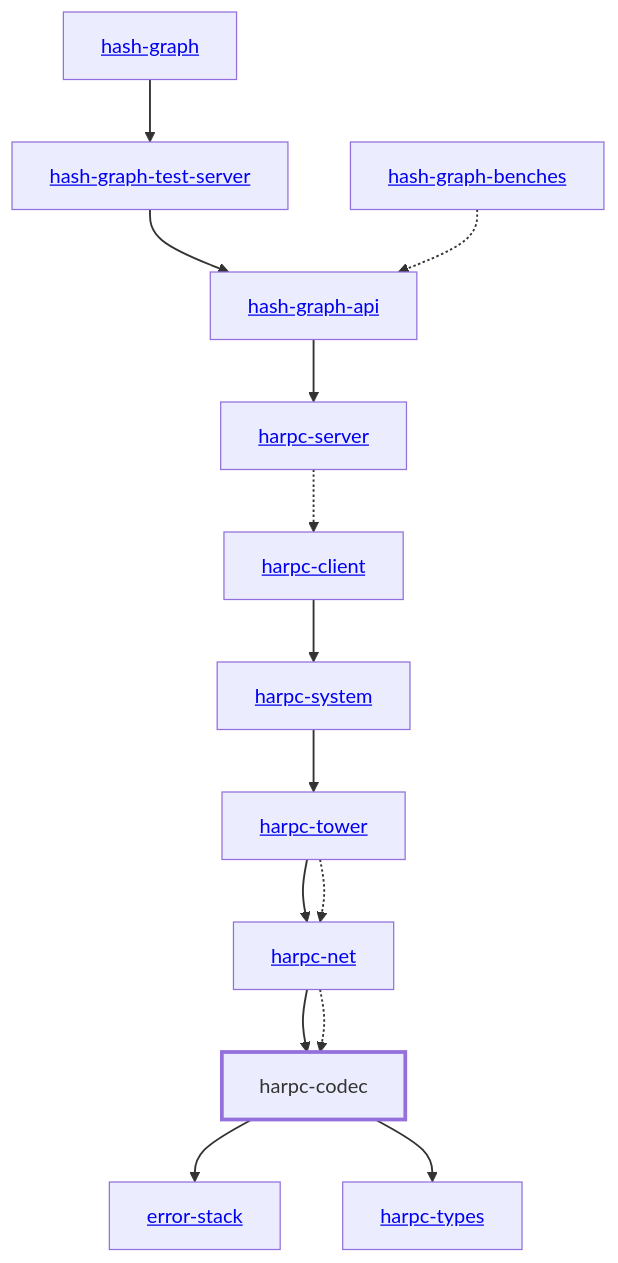
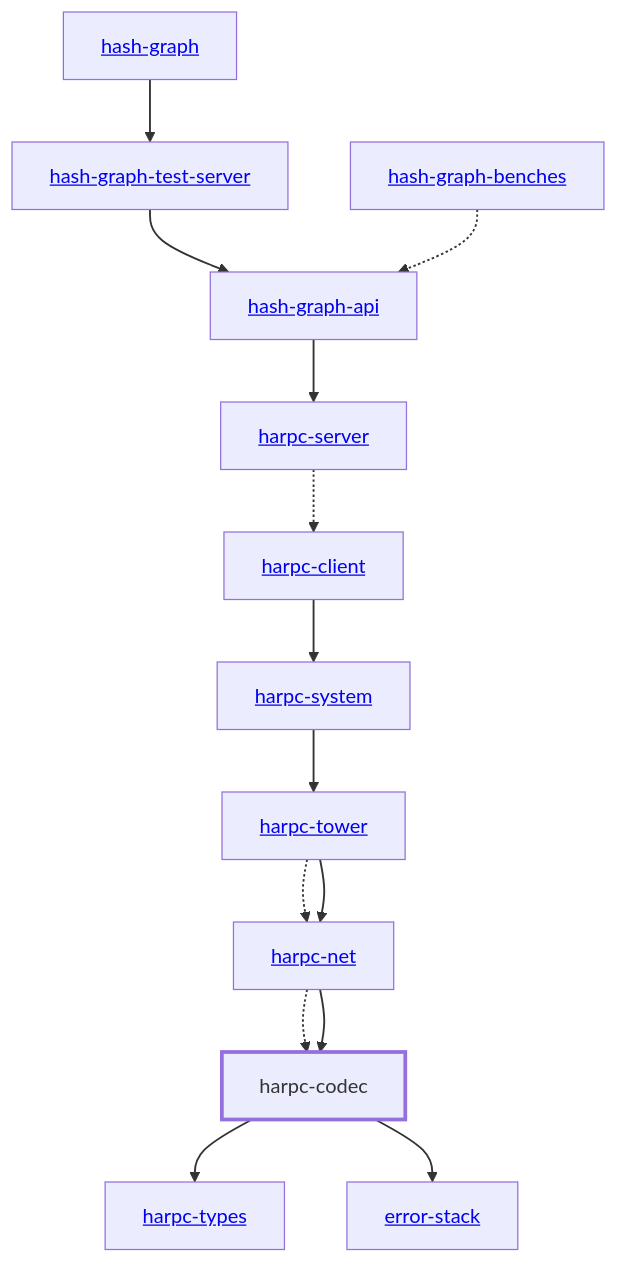
One commit to hashintel/hash changed the diagram in libs/@local/harpc/codec/docs/dependency-diagram.mmd. Above: the diagram before and after it, drawn with Mermaid. The commit also changed 34 other files, not shown here.

Commit message:
chore: update dependency diagrams

```diff
--- a/libs/@local/harpc/codec/docs/dependency-diagram.mmd
+++ b/libs/@local/harpc/codec/docs/dependency-diagram.mmd
@@ -1,36 +1,36 @@
 graph TD
     linkStyle default stroke-width:1.5px
     classDef default stroke-width:1px
     classDef root stroke-width:3px
     classDef dev stroke-width:1px
     classDef build stroke-width:1px
     %% Legend
     %% --> : Normal dependency
     %% -.-> : Dev dependency
     %% ---> : Build dependency
-    0[<a href="../harpc_server/index.html">harpc-server</a>]
-    1[<a href="../harpc_system/index.html">harpc-system</a>]
-    2[<a href="../harpc_tower/index.html">harpc-tower</a>]
-    3[<a href="../harpc_types/index.html">harpc-types</a>]
-    4[<a href="../hash_graph_test_server/index.html">hash-graph-test-server</a>]
-    5[<a href="../hash_graph_benches/index.html">hash-graph-benches</a>]
-    6[<a href="../hash_graph/index.html">hash-graph</a>]
-    7[<a href="../error_stack/index.html">error-stack</a>]
-    8[<a href="../hash_graph_api/index.html">hash-graph-api</a>]
-    9[<a href="../harpc_client/index.html">harpc-client</a>]
-    10[harpc-codec]
-    class 10 root
-    11[<a href="../harpc_net/index.html">harpc-net</a>]
-    9 --> 1
-    10 --> 7
-    10 --> 3
-    11 --> 10
-    11 -.-> 10
-    0 -.-> 9
-    4 --> 8
-    1 --> 2
-    2 --> 11
-    2 -.-> 11
-    6 --> 4
-    5 -.-> 8
-    8 --> 0
+    0[<a href="../hash_graph">hash-graph</a>]
+    1[<a href="../hash_graph_api">hash-graph-api</a>]
+    2[<a href="../hash_graph_test_server">hash-graph-test-server</a>]
+    3[<a href="../harpc_client">harpc-client</a>]
+    4[harpc-codec]
+    class 4 root
+    5[<a href="../harpc_net">harpc-net</a>]
+    6[<a href="../harpc_server">harpc-server</a>]
+    7[<a href="../harpc_system">harpc-system</a>]
+    8[<a href="../harpc_tower">harpc-tower</a>]
+    9[<a href="../harpc_types">harpc-types</a>]
+    10[<a href="../error_stack">error-stack</a>]
+    11[<a href="../hash_graph_benches">hash-graph-benches</a>]
+    0 --> 2
+    1 --> 6
+    2 --> 1
+    3 --> 7
+    4 --> 9
+    4 --> 10
+    5 -.-> 4
+    5 --> 4
+    6 -.-> 3
+    7 --> 8
+    8 -.-> 5
+    8 --> 5
+    11 -.-> 1
```
